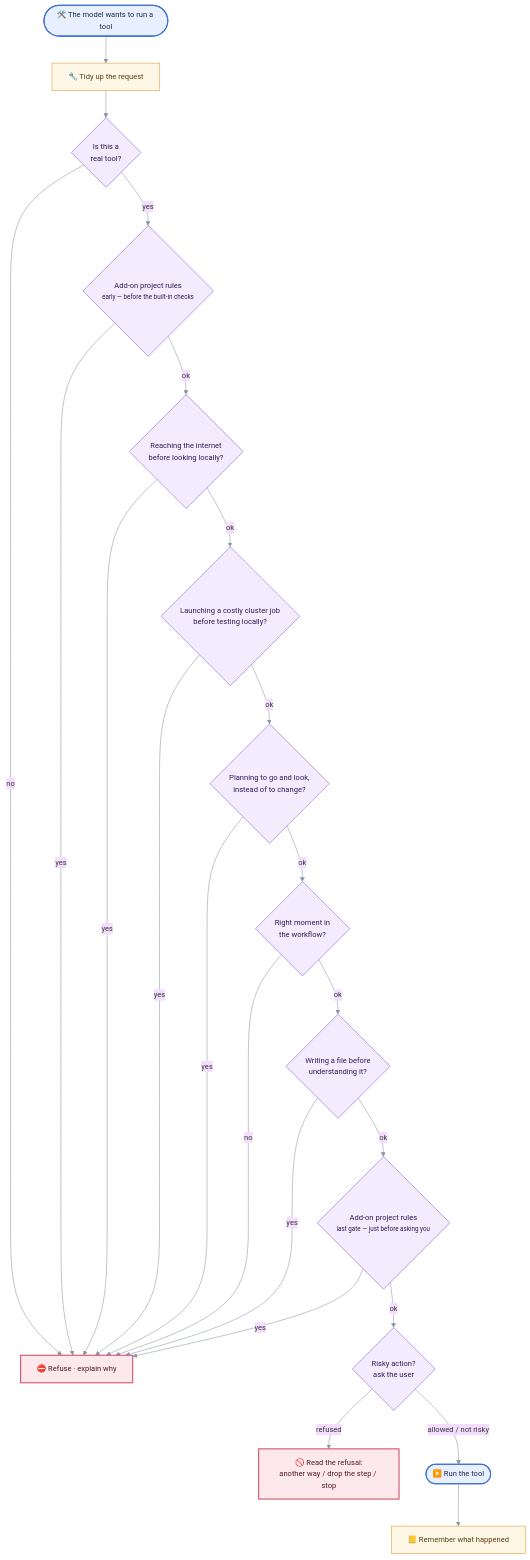
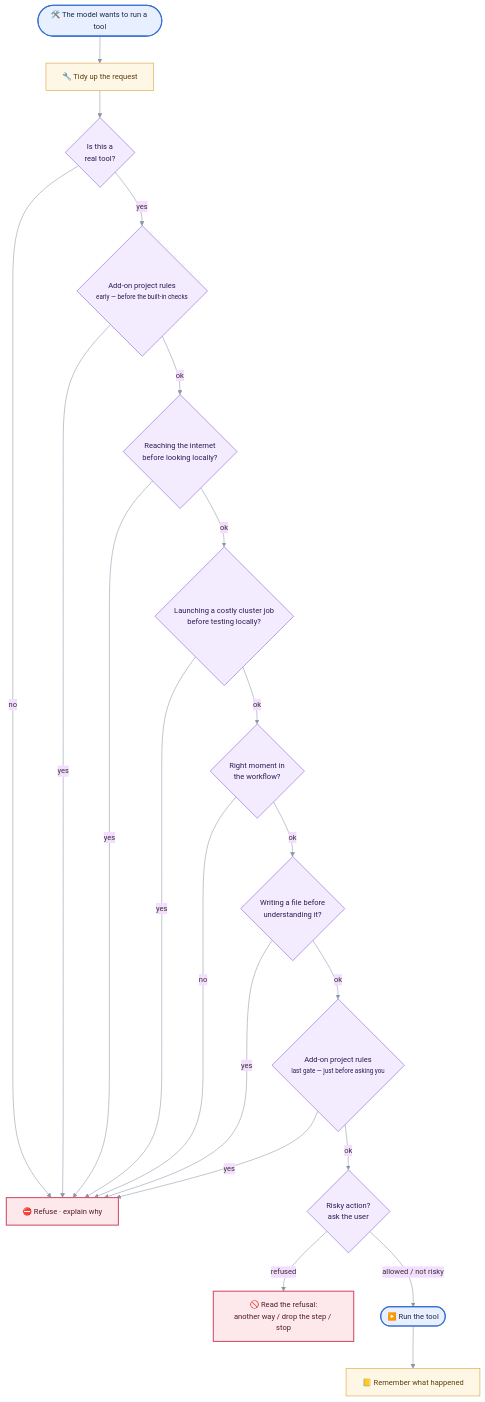
One commit to MIMIR-LLM4CSE/MIMIR changed the first of 2 diagrams in POLICY.md. Above: the diagram before and after it, drawn with Mermaid. The commit also changed other lines of this file and 3 other files, not shown here.

````diff
--- a/POLICY.md
+++ b/POLICY.md
@@ -51,36 +51,34 @@
 ```mermaid
 %%{init: {'theme':'base','themeVariables':{'fontSize':'14px','lineColor':'#8b95a5','primaryBorderColor':'#5b6270'}}}%%
 flowchart TD
     A(["🛠️ The model wants to run a tool"]) --> B["🔧 Tidy up the request"]
     B --> C{"Is this a<br/>real tool?"}
     C -- no --> X["⛔ Refuse · explain why"]
     C -- yes --> D{"Add-on project rules<br/><small>early — before the built-in checks</small>"}
     D -- yes --> X
     D -- ok --> E{"Reaching the internet<br/>before looking locally?"}
     E -- yes --> X
     E -- ok --> F{"Launching a costly cluster job<br/>before testing locally?"}
     F -- yes --> X
-    F -- ok --> P{"Planning to go and look,<br/>instead of to change?"}
-    P -- yes --> X
-    P -- ok --> G{"Right moment in<br/>the workflow?"}
+    F -- ok --> G{"Right moment in<br/>the workflow?"}
     G -- no --> X
     G -- ok --> H{"Writing a file before<br/>understanding it?"}
     H -- yes --> X
     H -- ok --> I{"Add-on project rules<br/><small>last gate — just before asking you</small>"}
     I -- yes --> X
     I -- ok --> J{"Risky action?<br/>ask the user"}
     J -- refused --> Y["🚫 Read the refusal:<br/>another way / drop the step / stop"]
     J -- "allowed / not risky" --> K(["▶️ Run the tool"])
     K --> L["📒 Remember what happened"]
 
     classDef entry fill:#e8f0ff,stroke:#3b6fd4,stroke-width:2px,color:#1a2a4a;
     classDef step fill:#fff7e6,stroke:#d99a2b,color:#5a3d0a;
     classDef decision fill:#f3ecff,stroke:#8257d1,color:#2e1a52;
     classDef block fill:#fde9ec,stroke:#d1526b,stroke-width:2px,color:#521a29;
     classDef done fill:#e6faf1,stroke:#1f9d6a,stroke-width:2px,color:#0f3d29;
 
     class A,K entry;
     class B,L step;
-    class C,D,E,F,P,G,H,I,J decision;
+    class C,D,E,F,G,H,I,J decision;
     class X,Y block;
 ```
````
